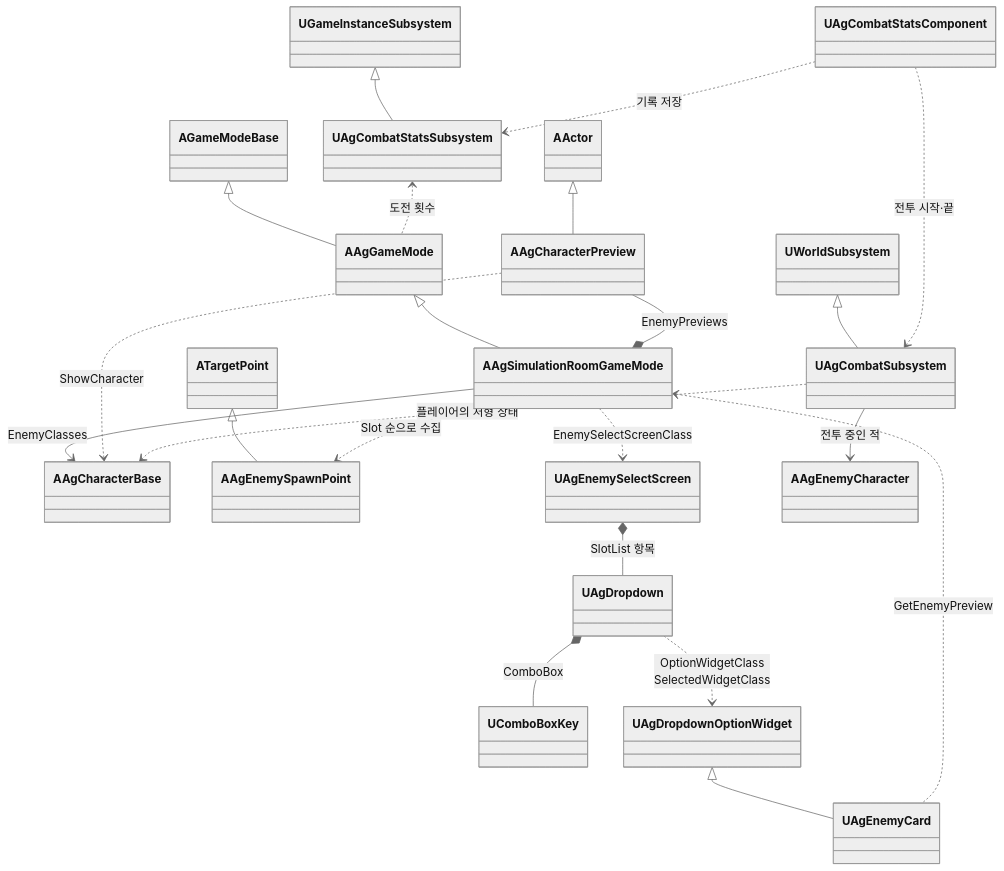
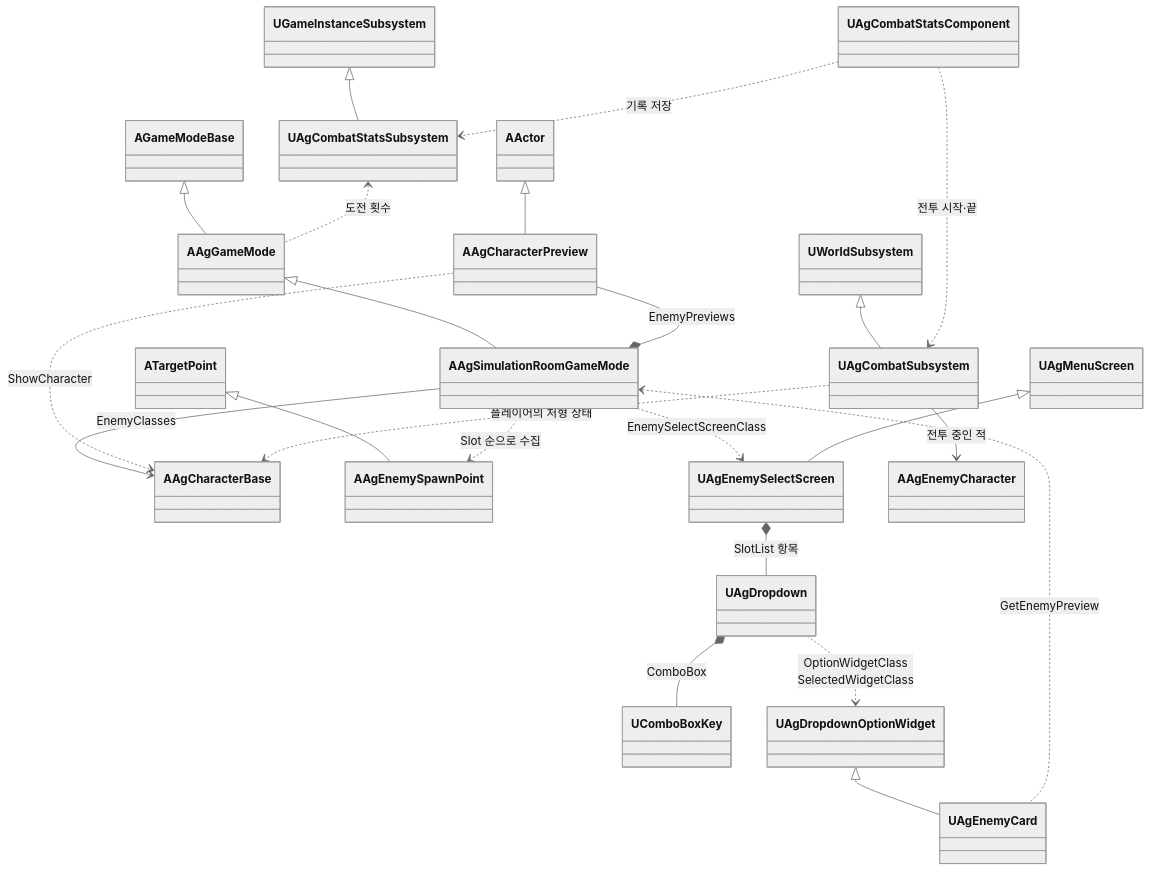
Before and after one commit to Woogl/Ag: the second of 6 diagrams in Docs/Architecture/캐릭터 기반 구조와 GAS.md, drawn with Mermaid (neutral theme). The commit also changed other lines of this file and 87 other files, not shown here.

````diff
--- a/Docs/Architecture/캐릭터 기반 구조와 GAS.md
+++ b/Docs/Architecture/캐릭터 기반 구조와 GAS.md
@@ -160,24 +165,25 @@
 ```mermaid
 classDiagram
     AGameModeBase <|-- AAgGameMode
     AAgGameMode <|-- AAgSimulationRoomGameMode
     AAgSimulationRoomGameMode --> AAgCharacterBase : EnemyClasses
     ATargetPoint <|-- AAgEnemySpawnPoint
     AAgSimulationRoomGameMode ..> AAgEnemySpawnPoint : Slot 순으로 수집
     AAgSimulationRoomGameMode ..> UAgEnemySelectScreen : EnemySelectScreenClass
+    UAgMenuScreen <|-- UAgEnemySelectScreen
     AAgCharacterPreview --* AAgSimulationRoomGameMode : EnemyPreviews
     AActor <|-- AAgCharacterPreview
     AAgCharacterPreview ..> AAgCharacterBase : ShowCharacter
     UAgEnemySelectScreen *-- UAgDropdown : SlotList 항목
     UAgDropdown *-- UComboBoxKey : ComboBox
     UAgDropdown ..> UAgDropdownOptionWidget : OptionWidgetClass<br>SelectedWidgetClass
     UAgDropdownOptionWidget <|-- UAgEnemyCard
     AAgSimulationRoomGameMode <.. UAgEnemyCard : GetEnemyPreview
     UWorldSubsystem <|-- UAgCombatSubsystem
     UAgCombatSubsystem --> AAgEnemyCharacter : 전투 중인 적
     UAgCombatSubsystem ..> AAgCharacterBase : 플레이어의 처형 상태
     UGameInstanceSubsystem <|-- UAgCombatStatsSubsystem
     UAgCombatStatsSubsystem <.. AAgGameMode : 도전 횟수
     UAgCombatStatsComponent ..> UAgCombatSubsystem : 전투 시작·끝
     UAgCombatStatsComponent ..> UAgCombatStatsSubsystem : 기록 저장
 ```
````
